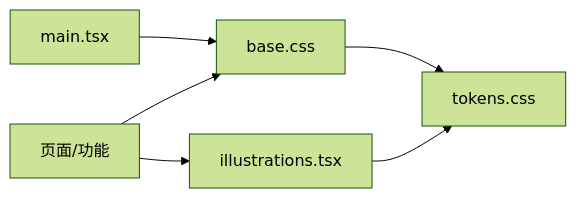
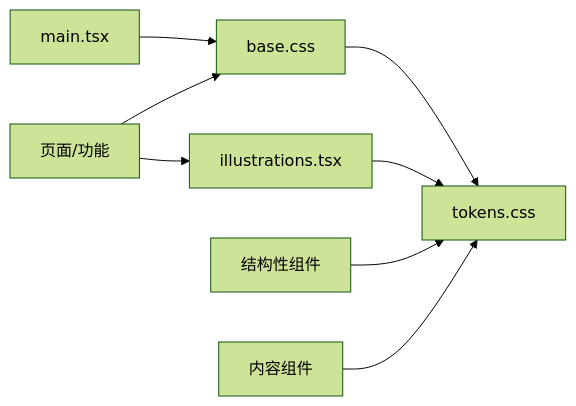
Before and after one commit to huangyilu/wanwuyishi: the sixth of 6 diagrams in .qoder/repowiki/zh/content/用户界面组件/主题系统.md, drawn with Mermaid (forest theme). The commit also changed other lines of this file and 108 other files, not shown here.

````diff
--- a/.qoder/repowiki/zh/content/用户界面组件/主题系统.md
+++ b/.qoder/repowiki/zh/content/用户界面组件/主题系统.md
@@ -239,8 +287,10 @@
 ```mermaid
 graph LR
 Main["main.tsx"] --> Base["base.css"]
 Base --> Tokens["tokens.css"]
 Pages["页面/功能"] --> Base
 Pages --> Illustrations["illustrations.tsx"]
 Illustrations --> Tokens
+Structure["结构性组件"] --> Tokens
+Content["内容组件"] --> Tokens
 ```
````
